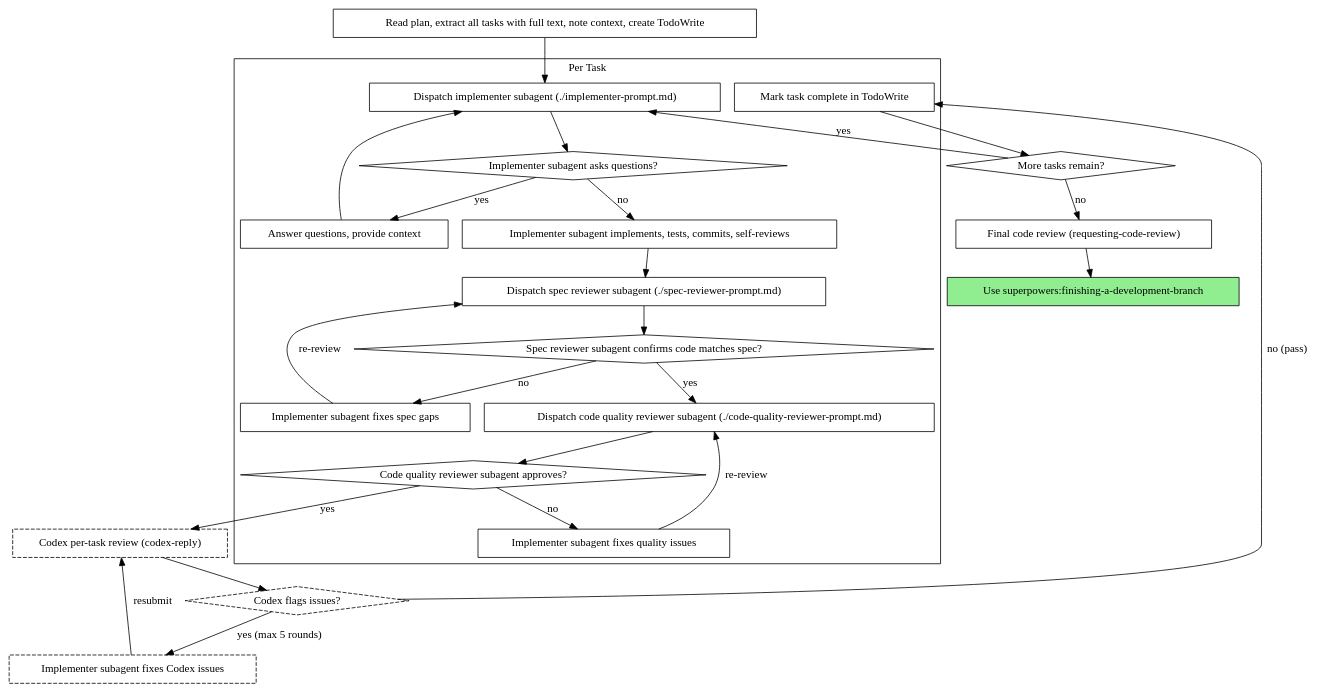
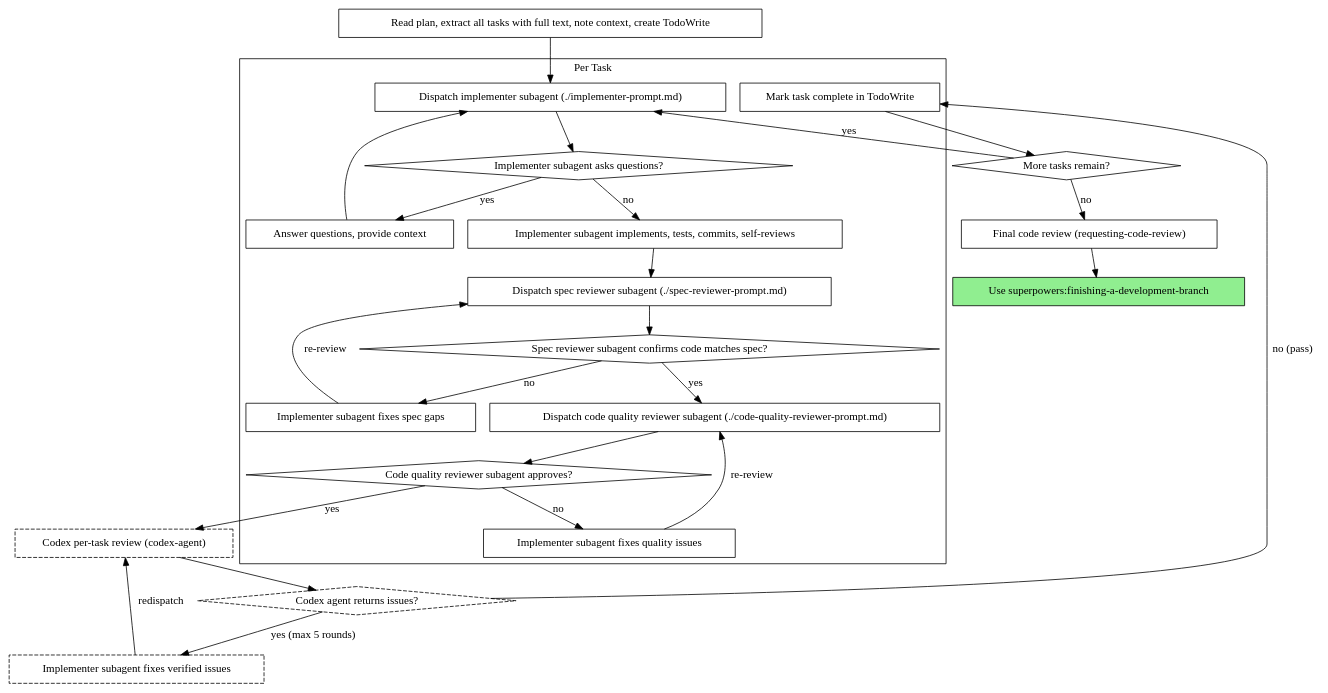
Before and after one commit to ebitoro/superpowers: the second of 2 diagrams in skills/subagent-driven-development/SKILL.md, drawn with Graphviz. The commit also changed other lines of this file and 8 other files, not shown here.

First line of the commit message:
feat: add codex-agent to separate Codex interactions from main session

````diff
--- a/skills/subagent-driven-development/SKILL.md
+++ b/skills/subagent-driven-development/SKILL.md
@@ -58,51 +48,51 @@
 ```dot
 digraph process {
     rankdir=TB;
 
     subgraph cluster_per_task {
         label="Per Task";
         "Dispatch implementer subagent (./implementer-prompt.md)" [shape=box];
         "Implementer subagent asks questions?" [shape=diamond];
         "Answer questions, provide context" [shape=box];
         "Implementer subagent implements, tests, commits, self-reviews" [shape=box];
         "Dispatch spec reviewer subagent (./spec-reviewer-prompt.md)" [shape=box];
         "Spec reviewer subagent confirms code matches spec?" [shape=diamond];
         "Implementer subagent fixes spec gaps" [shape=box];
         "Dispatch code quality reviewer subagent (./code-quality-reviewer-prompt.md)" [shape=box];
         "Code quality reviewer subagent approves?" [shape=diamond];
         "Implementer subagent fixes quality issues" [shape=box];
         "Mark task complete in TodoWrite" [shape=box];
     }
 
     "Read plan, extract all tasks with full text, note context, create TodoWrite" [shape=box];
     "More tasks remain?" [shape=diamond];
     "Final code review (requesting-code-review)" [shape=box];
     "Use superpowers:finishing-a-development-branch" [shape=box style=filled fillcolor=lightgreen];
 
     "Read plan, extract all tasks with full text, note context, create TodoWrite" -> "Dispatch implementer subagent (./implementer-prompt.md)";
     "Dispatch implementer subagent (./implementer-prompt.md)" -> "Implementer subagent asks questions?";
     "Implementer subagent asks questions?" -> "Answer questions, provide context" [label="yes"];
     "Answer questions, provide context" -> "Dispatch implementer subagent (./implementer-prompt.md)";
     "Implementer subagent asks questions?" -> "Implementer subagent implements, tests, commits, self-reviews" [label="no"];
     "Implementer subagent implements, tests, commits, self-reviews" -> "Dispatch spec reviewer subagent (./spec-reviewer-prompt.md)";
     "Dispatch spec reviewer subagent (./spec-reviewer-prompt.md)" -> "Spec reviewer subagent confirms code matches spec?";
     "Spec reviewer subagent confirms code matches spec?" -> "Implementer subagent fixes spec gaps" [label="no"];
     "Implementer subagent fixes spec gaps" -> "Dispatch spec reviewer subagent (./spec-reviewer-prompt.md)" [label="re-review"];
     "Spec reviewer subagent confirms code matches spec?" -> "Dispatch code quality reviewer subagent (./code-quality-reviewer-prompt.md)" [label="yes"];
     "Dispatch code quality reviewer subagent (./code-quality-reviewer-prompt.md)" -> "Code quality reviewer subagent approves?";
     "Code quality reviewer subagent approves?" -> "Implementer subagent fixes quality issues" [label="no"];
     "Implementer subagent fixes quality issues" -> "Dispatch code quality reviewer subagent (./code-quality-reviewer-prompt.md)" [label="re-review"];
-    "Code quality reviewer subagent approves?" -> "Codex per-task review (codex-reply)" [label="yes"];
-    "Codex per-task review (codex-reply)" [shape=box style=dashed];
-    "Codex flags issues?" [shape=diamond style=dashed];
-    "Implementer subagent fixes Codex issues" [shape=box style=dashed];
-    "Codex per-task review (codex-reply)" -> "Codex flags issues?";
-    "Codex flags issues?" -> "Mark task complete in TodoWrite" [label="no (pass)"];
-    "Codex flags issues?" -> "Implementer subagent fixes Codex issues" [label="yes (max 5 rounds)"];
-    "Implementer subagent fixes Codex issues" -> "Codex per-task review (codex-reply)" [label="resubmit"];
+    "Code quality reviewer subagent approves?" -> "Codex per-task review (codex-agent)" [label="yes"];
+    "Codex per-task review (codex-agent)" [shape=box style=dashed];
+    "Codex agent returns issues?" [shape=diamond style=dashed];
+    "Implementer subagent fixes verified issues" [shape=box style=dashed];
+    "Codex per-task review (codex-agent)" -> "Codex agent returns issues?";
+    "Codex agent returns issues?" -> "Mark task complete in TodoWrite" [label="no (pass)"];
+    "Codex agent returns issues?" -> "Implementer subagent fixes verified issues" [label="yes (max 5 rounds)"];
+    "Implementer subagent fixes verified issues" -> "Codex per-task review (codex-agent)" [label="redispatch"];
     "Mark task complete in TodoWrite" -> "More tasks remain?";
     "More tasks remain?" -> "Dispatch implementer subagent (./implementer-prompt.md)" [label="yes"];
     "More tasks remain?" -> "Final code review (requesting-code-review)" [label="no"];
     "Final code review (requesting-code-review)" -> "Use superpowers:finishing-a-development-branch";
 }
 ```
````
